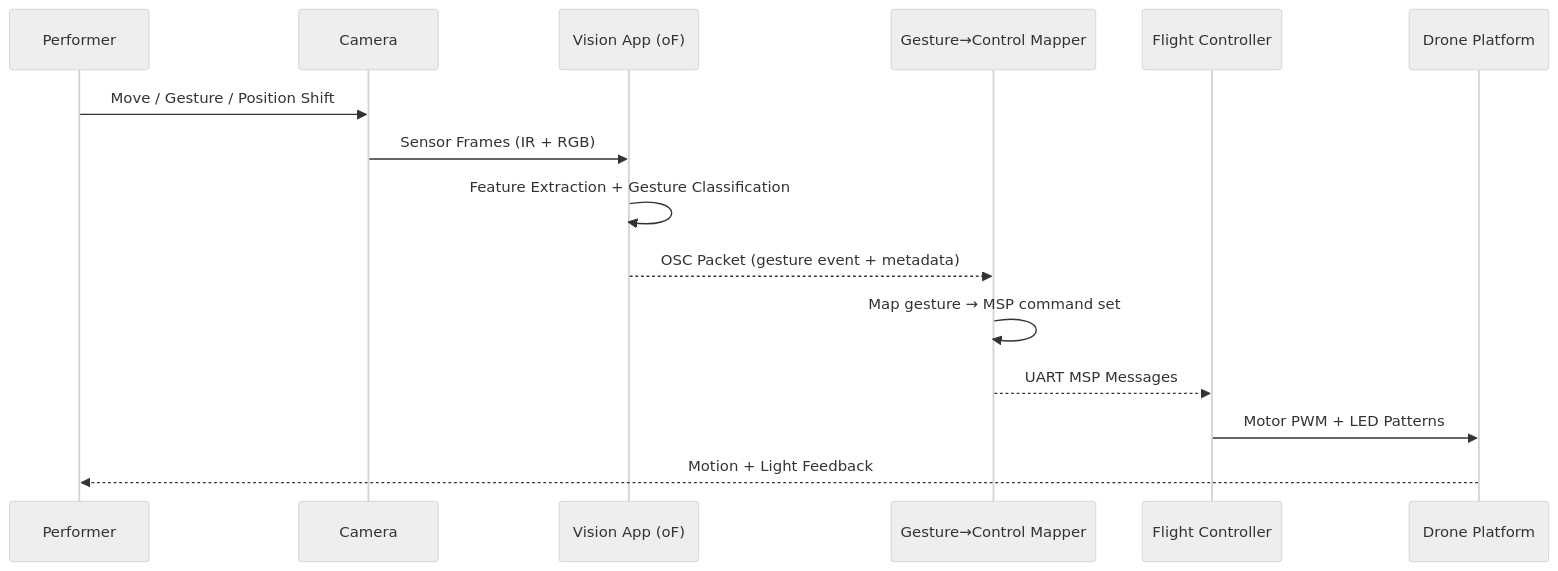
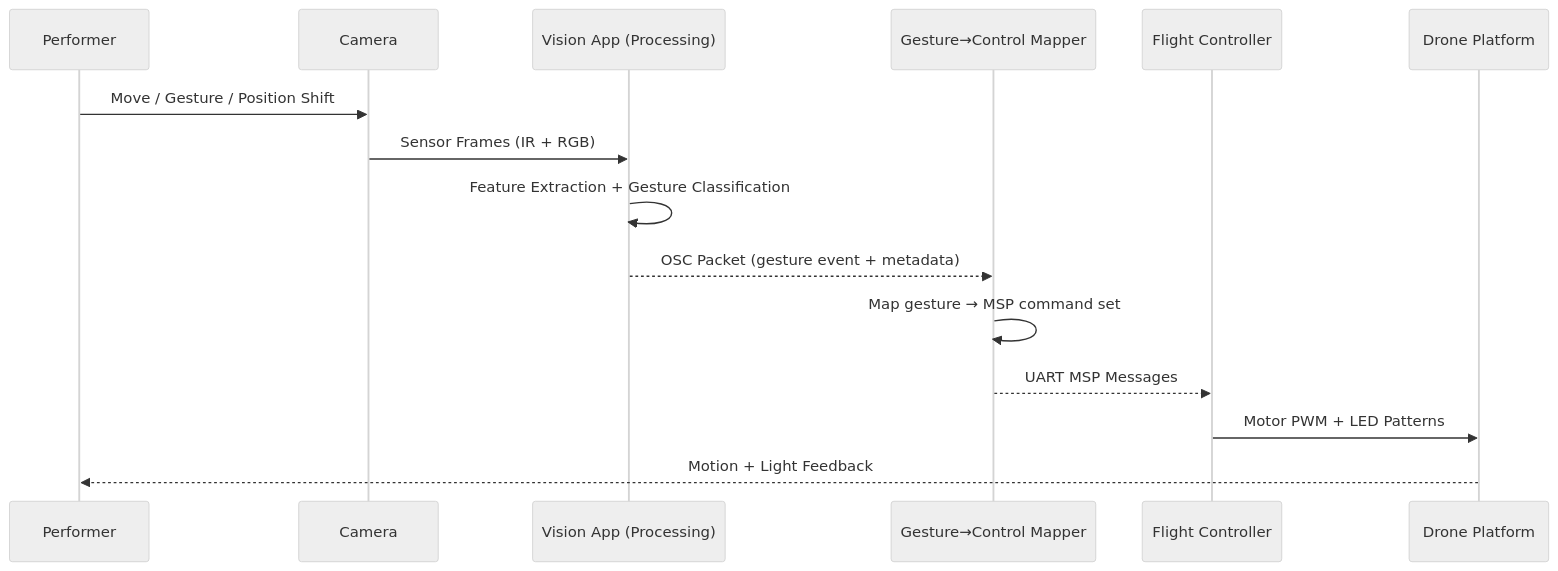
The second of 4 diagrams in docs/diagrams/system-overview.md (bseverns/perceptual-drift), drawn with Mermaid (neutral theme) before and after one commit. The commit also changed other lines of this file and 2 other files, not shown here.

Commit message:
Switch vision docs to Processing tracker

````diff
--- a/docs/diagrams/system-overview.md
+++ b/docs/diagrams/system-overview.md
@@ -37,18 +37,18 @@
 ```mermaid
 sequenceDiagram
     participant Performer
     participant Camera
-    participant VisionApp as Vision App (oF)
+    participant VisionApp as Vision App (Processing)
     participant Mapper as Gesture→Control Mapper
     participant FC as Flight Controller
     participant Drone as Drone Platform
 
     Performer->>Camera: Move / Gesture / Position Shift
     Camera->>VisionApp: Sensor Frames (IR + RGB)
     VisionApp->>VisionApp: Feature Extraction + Gesture Classification
     VisionApp-->>Mapper: OSC Packet (gesture event + metadata)
     Mapper->>Mapper: Map gesture → MSP command set
     Mapper-->>FC: UART MSP Messages
     FC->>Drone: Motor PWM + LED Patterns
     Drone-->>Performer: Motion + Light Feedback
 ```
````
